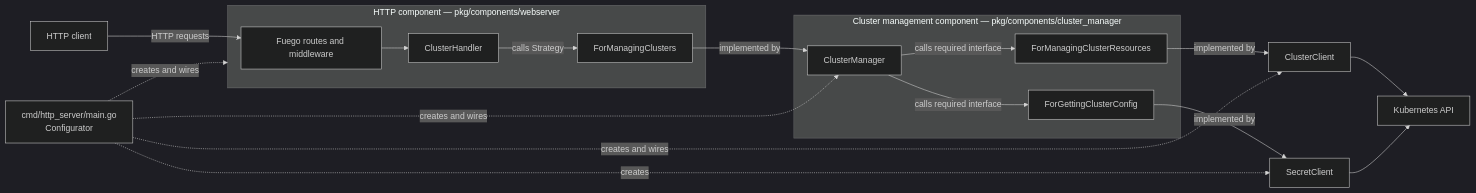
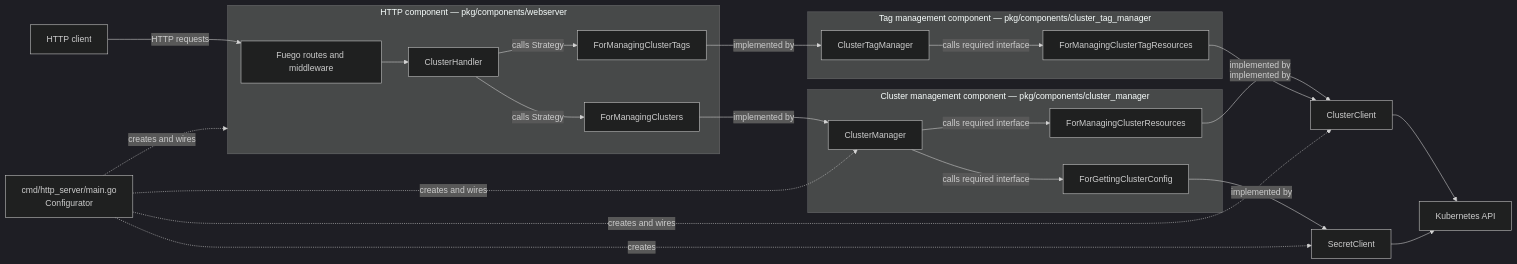
Before and after one commit to vatesfr/vmk-engine: the diagram in architecture.md, drawn with Mermaid (dark theme). The commit also changed other lines of this file and 22 other files, not shown here.

````diff
--- a/architecture.md
+++ b/architecture.md
@@ -53,28 +53,37 @@
 ```mermaid
 flowchart LR
     client[HTTP client] -->|HTTP requests| fuego[Fuego routes and middleware]
 
     subgraph http[HTTP component — pkg/components/webserver]
         fuego --> handlers[ClusterHandler]
         handlers -->|calls Strategy| port[ForManagingClusters]
+        handlers -->|calls Strategy| tagport[ForManagingClusterTags]
     end
 
     subgraph clustercomponent[Cluster management component — pkg/components/cluster_manager]
         manager[ClusterManager]
         clusterport[ForManagingClusterResources]
         configport[ForGettingClusterConfig]
         manager -->|calls required interface| clusterport
         manager -->|calls required interface| configport
     end
 
+    subgraph tagcomponent[Tag management component — pkg/components/cluster_tag_manager]
+        tagmanager[ClusterTagManager]
+        tagresourceport[ForManagingClusterTagResources]
+        tagmanager -->|calls required interface| tagresourceport
+    end
+
     port -->|implemented by| manager
+    tagport -->|implemented by| tagmanager
     clusterport -->|implemented by| clusters[ClusterClient]
+    tagresourceport -->|implemented by| clusters
     configport -->|implemented by| secrets[SecretClient]
     clusters --> api[Kubernetes API]
     secrets --> api
 
     configurator[cmd/http_server/main.go\nConfigurator] -. creates and wires .-> http
     configurator -. creates and wires .-> manager
     configurator -. creates and wires .-> clusters
     configurator -. creates .-> secrets
 ```
````
